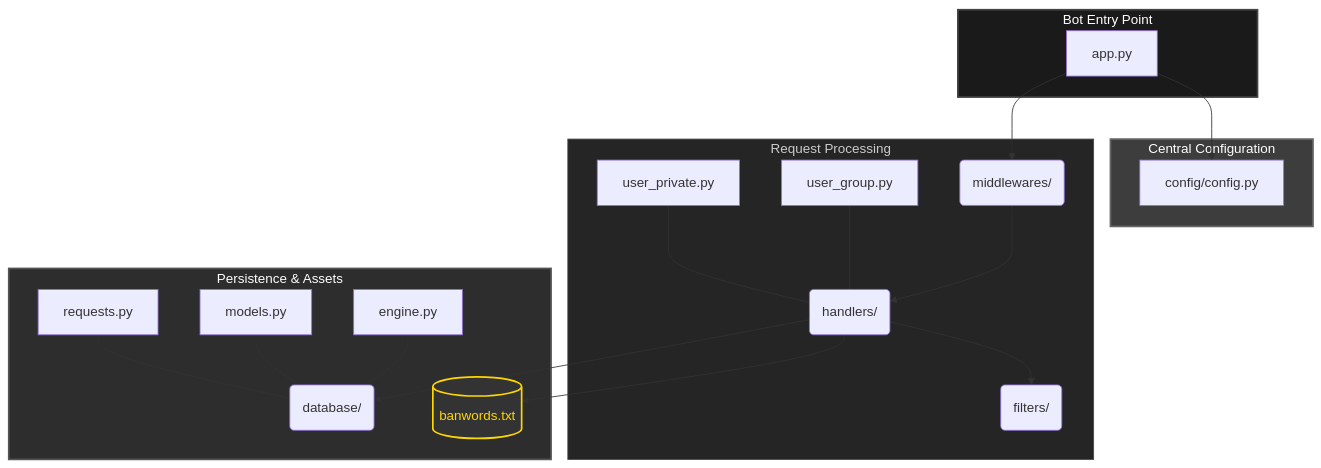
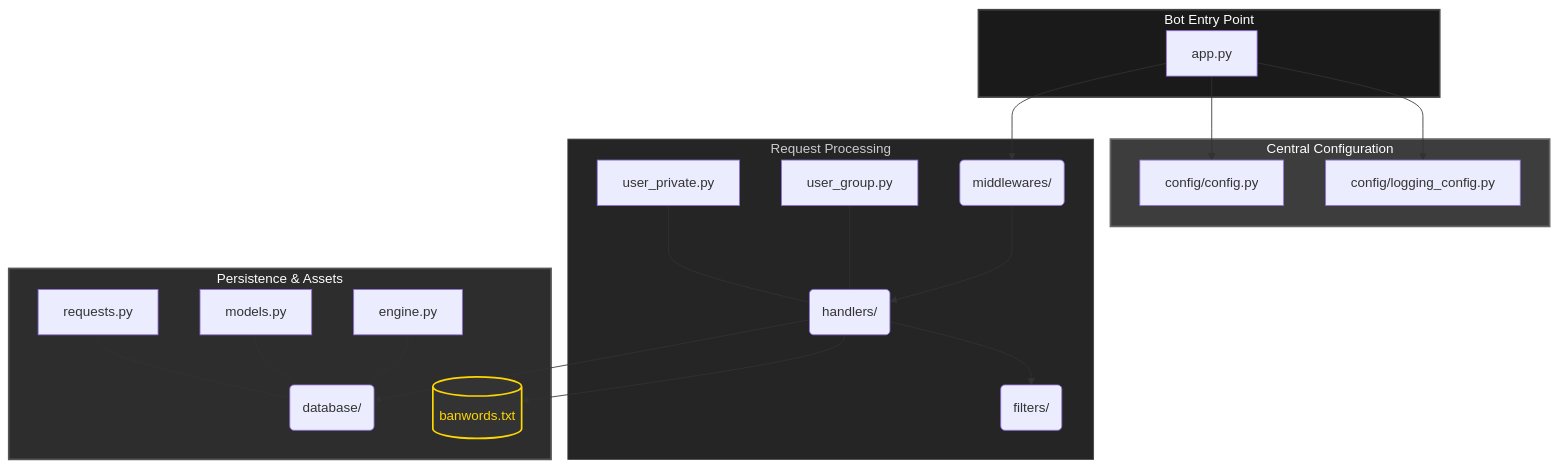
Before and after one commit to kapusta123b/Telegram-Moderation-Bot: the diagram in README.md, drawn with Mermaid. The commit also changed other lines of this file and 3 other files, not shown here.

````diff
--- a/README.md
+++ b/README.md
@@ -73,47 +80,49 @@
 ```mermaid
 graph TD
     subgraph Core[Bot Entry Point]
         A[app.py]
     end
 
     subgraph Config[Central Configuration]
         CFG[config/config.py]
+        LOG[config/logging_config.py]
     end
 
     subgraph Logic[Request Processing]
         B(handlers/)
         C(filters/)
         F(middlewares/)
         B1[user_group.py]
         B2[user_private.py]
     end
 
     subgraph Data[Persistence & Assets]
         E(database/)
         D[(banwords.txt)]
         E1[engine.py]
         E2[models.py]
         E3[requests.py]
     end
 
     A --> CFG
+    A --> LOG
     A --> F
     F --> B
     B --> C
     B --> E
     B --> D
     
     B1 --- B
     B2 --- B
     
     E1 --- E
     E2 --- E
     E3 --- E
     
     %% Dark Professional Theme
     style Core fill:#1a1a1a,stroke:#444,stroke-width:2px,color:#fff
     style Config fill:#3d3d3d,stroke:#666,stroke-width:2px,color:#fff
     style Data fill:#2d2d2d,stroke:#555,stroke-width:2px,color:#fff
     style Logic fill:#252525,stroke:#444,stroke-width:1px,color:#ccc
     style D fill:#333,stroke:#ffd700,stroke-width:2px,color:#ffd700
 ```
````
